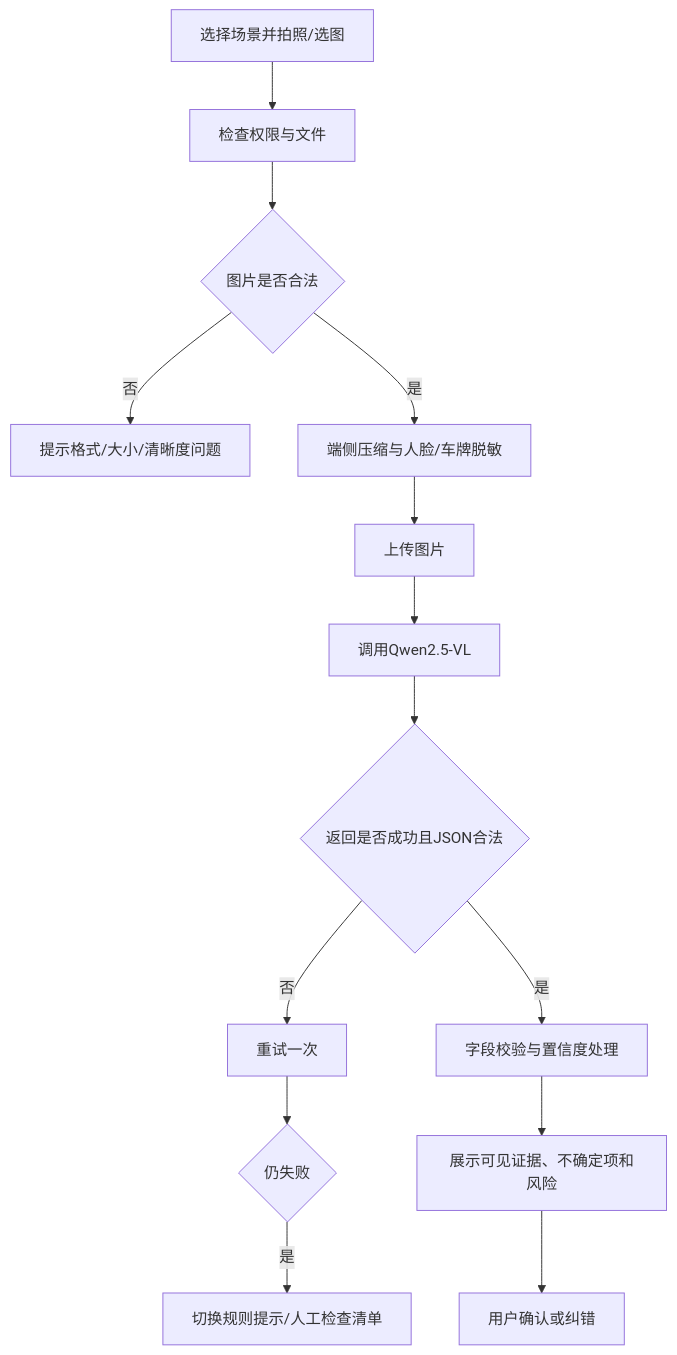
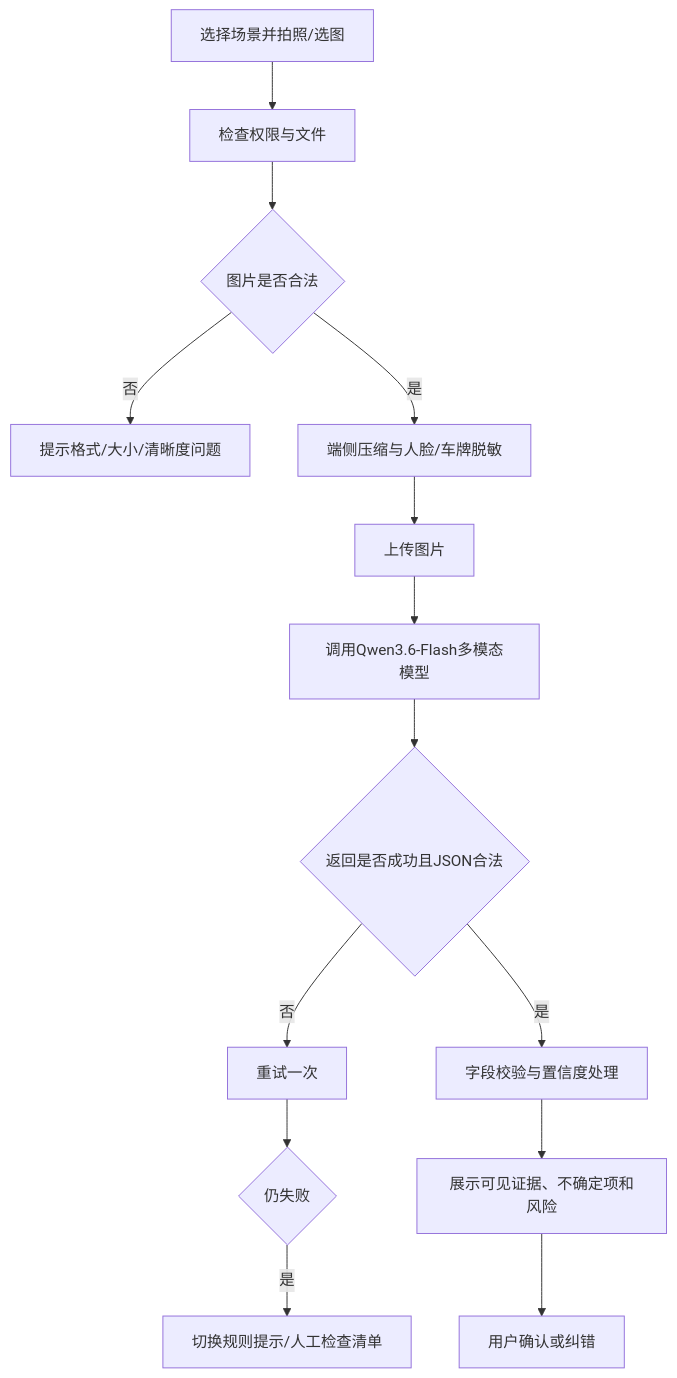
Before and after one commit to SakuraCianna/EazyPath: the third of 8 diagrams in 跨平台无障碍出行链自动化Agent中枢需求文档.md, drawn with Mermaid. The commit also changed other lines of this file and 107 other files, not shown here.

````diff
--- a/跨平台无障碍出行链自动化Agent中枢需求文档.md
+++ b/跨平台无障碍出行链自动化Agent中枢需求文档.md
@@ -268,16 +312,16 @@
 ```mermaid
 flowchart TD
     A[选择场景并拍照/选图] --> B[检查权限与文件]
     B --> C{图片是否合法}
     C -- 否 --> C1[提示格式/大小/清晰度问题]
     C -- 是 --> D[端侧压缩与人脸/车牌脱敏]
     D --> E[上传图片]
-    E --> F[调用Qwen2.5-VL]
+    E --> F[调用Qwen3.6-Flash多模态模型]
     F --> G{返回是否成功且JSON合法}
     G -- 否 --> H[重试一次]
     H --> I{仍失败}
     I -- 是 --> J[切换规则提示/人工检查清单]
     G -- 是 --> K[字段校验与置信度处理]
     K --> L[展示可见证据、不确定项和风险]
     L --> M[用户确认或纠错]
 ```
````
